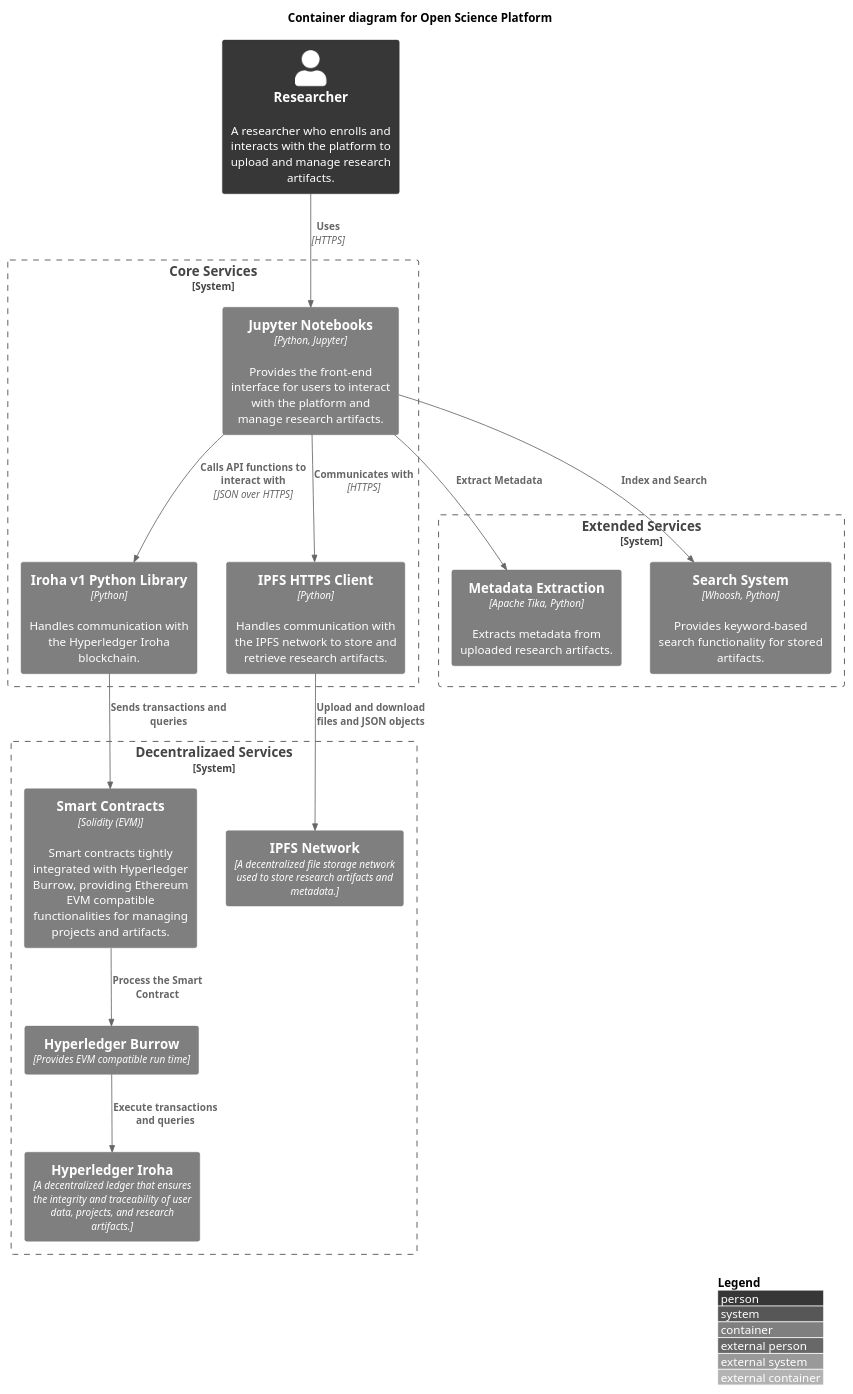
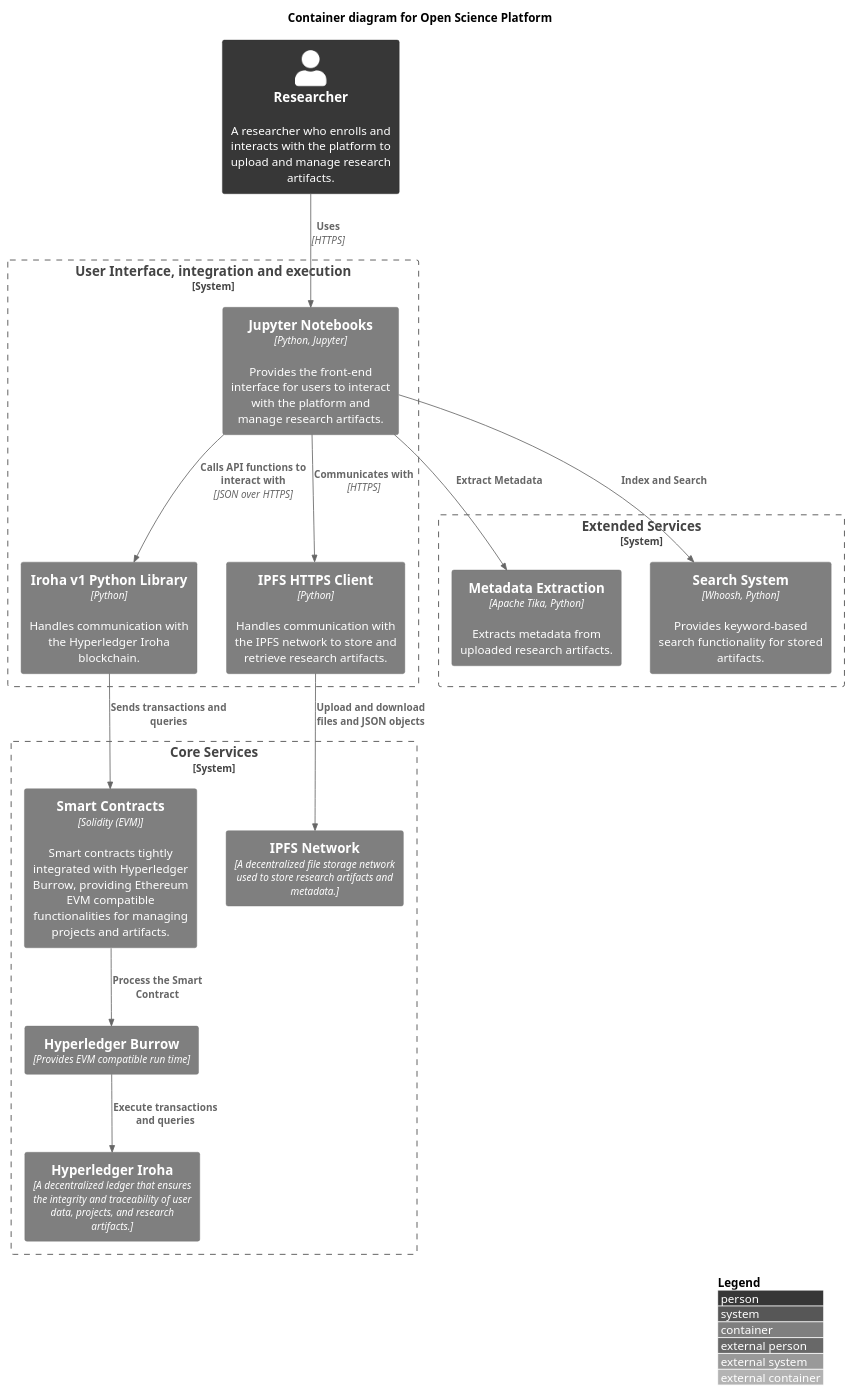
Before and after one commit to OliveiraEdu/d-OSP: the diagram in diagrams/plantUML/c4_container_diagram.wsd, drawn with PlantUML. The commit also changed 8 other files, not shown here.

```diff
--- a/diagrams/plantUML/c4_container_diagram.wsd
+++ b/diagrams/plantUML/c4_container_diagram.wsd
@@ -1,42 +1,42 @@
 @startuml
 !include https://raw.githubusercontent.com/plantuml-stdlib/C4-PlantUML/master/C4_Container.puml
 ' uncomment the following line and comment the first to use locally
 ' !include C4_Container.puml
 
 skinparam monochrome true
 
 LAYOUT_WITH_LEGEND()
 
 title Container diagram for Open Science Platform
 
 Person(researcher, "Researcher", "A researcher who enrolls and interacts with the platform to upload and manage research artifacts.")
 
-System_Boundary(core_services, "Core Services") {
+System_Boundary(core_services, "User Interface, integration and execution") {
     Container(jupyter_notebooks, "Jupyter Notebooks", "Python, Jupyter", "Provides the front-end interface for users to interact with the platform and manage research artifacts.")
     Container(iroha_python_lib, "Iroha v1 Python Library", "Python", "Handles communication with the Hyperledger Iroha blockchain.")
     Container(ipfs_https_client, "IPFS HTTPS Client", "Python", "Handles communication with the IPFS network to store and retrieve research artifacts.")
     
 }
 
 System_Boundary(extended_services, "Extended Services") {
     Container(metadata_extraction, "Metadata Extraction", "Apache Tika, Python", "Extracts metadata from uploaded research artifacts.")
     Container(search_system, "Search System", "Whoosh, Python", "Provides keyword-based search functionality for stored artifacts.")
 }
 
-System_Boundary(decentralized_services, "Decentralizaed Services"){
+System_Boundary(decentralized_services, "Core Services"){
     Container(blockchain, "Hyperledger Iroha", "A decentralized ledger that ensures the integrity and traceability of user data, projects, and research artifacts.")
     Container(ipfs, "IPFS Network", "A decentralized file storage network used to store research artifacts and metadata.")
     Container(smart_contracts, "Smart Contracts", "Solidity (EVM)", "Smart contracts tightly integrated with Hyperledger Burrow, providing Ethereum EVM compatible functionalities for managing projects and artifacts.")
     Container(burrow, "Hyperledger Burrow", "Provides EVM compatible run time")
 }
 
 Rel(researcher, jupyter_notebooks, "Uses", "HTTPS")
 Rel(jupyter_notebooks, iroha_python_lib, "Calls API functions to interact with", "JSON over HTTPS")
 Rel(jupyter_notebooks, ipfs_https_client, "Communicates with", "HTTPS")
 Rel(iroha_python_lib, smart_contracts, "Sends transactions and queries")
 Rel(smart_contracts, burrow, "Process the Smart Contract")
 Rel(ipfs_https_client, ipfs, "Upload and download files and JSON objects")
 Rel(jupyter_notebooks, metadata_extraction, "Extract Metadata")
 Rel(jupyter_notebooks, search_system, "Index and Search")
 Rel(burrow, blockchain, "Execute transactions and queries")
 @enduml
```
